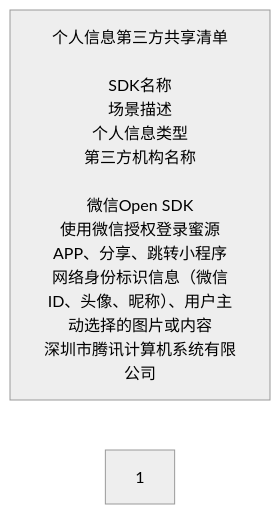
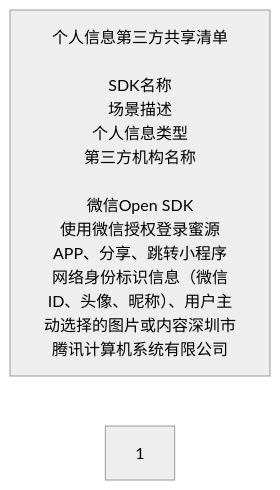
The diagram in all/未命名-5.md (milaLIAN/iodraw-files), drawn with Mermaid (neutral theme) before and after one commit.

Commit message:
2024-05-10 17:45:24 update

````diff
--- a/all/未命名-5.md
+++ b/all/未命名-5.md
@@ -1,7 +1,7 @@
 ```mermaid
 flowchart LR
 
-id1["个人信息第三方共享清单<br><br>SDK名称<br>场景描述<br>个人信息类型<br>第三方机构名称<br><br>微信Open SDK<br>使用微信授权登录蜜源APP、分享、跳转小程序<br>网络身份标识信息（微信ID、头像、昵称）、用户主动选择的图片或内容</br>深圳市腾讯计算机系统有限公司"]
+id1["个人信息第三方共享清单<br><br>SDK名称<br>场景描述<br>个人信息类型<br>第三方机构名称<br><br>微信Open SDK<br>使用微信授权登录蜜源APP、分享、跳转小程序<br>网络身份标识信息（微信ID、头像、昵称）、用户主动选择的图片或内容<th>深圳市腾讯计算机系统有限公司"]
 
 id2["1"]
 ```
````
